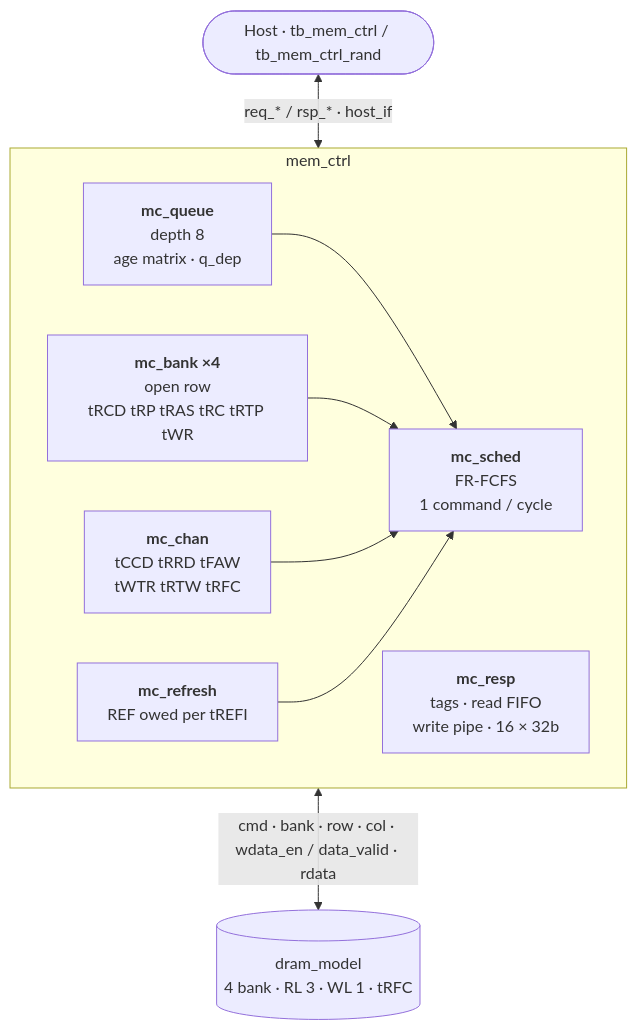
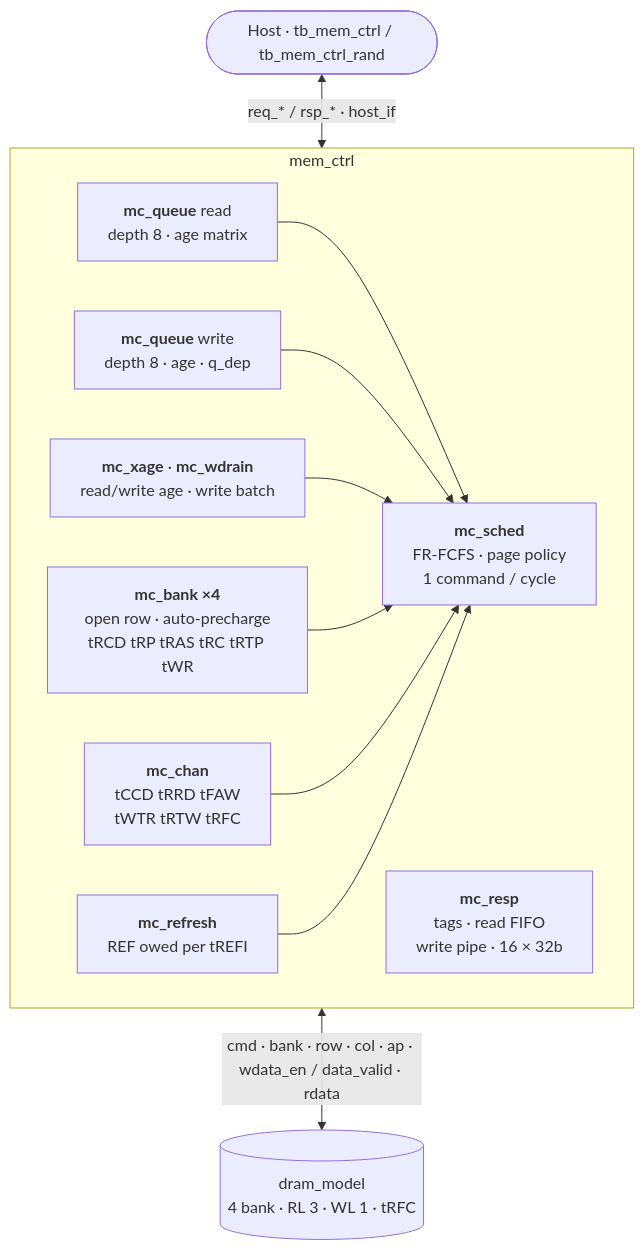
One commit to yhkwon-git/mini-dram-controller changed the diagram in README.md. Above: the diagram before and after it, drawn with Mermaid. The commit also changed other lines of this file and 7 other files, not shown here.

````diff
--- a/README.md
+++ b/README.md
@@ -62,15 +67,17 @@
 ```mermaid
 flowchart TB
   HOST(["Host · tb_mem_ctrl / tb_mem_ctrl_rand"])
   subgraph MC["mem_ctrl"]
     direction LR
-    Q["<b>mc_queue</b><br/>depth 8<br/>age matrix · q_dep"] --> S["<b>mc_sched</b><br/>FR-FCFS<br/>1 command / cycle"]
-    B["<b>mc_bank ×4</b><br/>open row<br/>tRCD tRP tRAS tRC tRTP tWR"] --> S
+    RQ["<b>mc_queue</b> read<br/>depth 8 · age matrix"] --> S["<b>mc_sched</b><br/>FR-FCFS · page policy<br/>1 command / cycle"]
+    WQ["<b>mc_queue</b> write<br/>depth 8 · age · q_dep"] --> S
+    XW["<b>mc_xage</b> · <b>mc_wdrain</b><br/>read/write age · write batch"] --> S
+    B["<b>mc_bank ×4</b><br/>open row · auto-precharge<br/>tRCD tRP tRAS tRC tRTP tWR"] --> S
     C["<b>mc_chan</b><br/>tCCD tRRD tFAW<br/>tWTR tRTW tRFC"] --> S
     R["<b>mc_refresh</b><br/>REF owed per tREFI"] --> S
     P["<b>mc_resp</b><br/>tags · read FIFO<br/>write pipe · 16 × 32b"]
   end
   DRAM[("dram_model<br/>4 bank · RL 3 · WL 1 · tRFC")]
   HOST <-->|"req_* / rsp_* · host_if"| MC
-  MC <-->|"cmd · bank · row · col · wdata_en / data_valid · rdata"| DRAM
+  MC <-->|"cmd · bank · row · col · ap · wdata_en / data_valid · rdata"| DRAM
 ```
````
